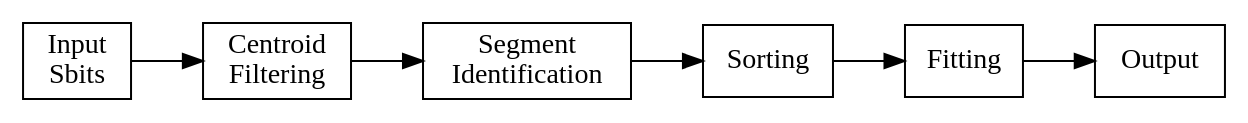
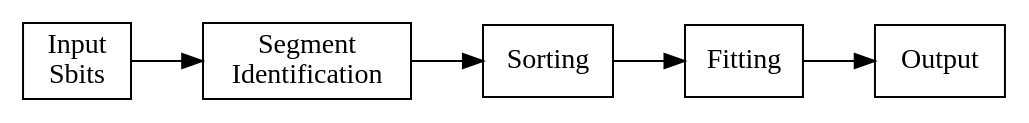
The diagram in doc/algorithm.org (andrewpeck/me0sf), drawn with Graphviz before and after one commit. The commit also changed other lines of this file and 3 other files, not shown here.

```diff
--- a/doc/algorithm.org
+++ b/doc/algorithm.org
@@ -57,10 +70,10 @@
 #+begin_src dot :file dataflow.svg :results value
 digraph {
   graph [fontname = "Roboto Mono"];
   node [fontname = "Roboto Mono"];
   edge [fontname = "Roboto Mono"];
   node [shape=box]
   rankdir=LR
-  "Input\nSbits" -> "Centroid\nFiltering" -> "Segment\nIdentification" -> "Sorting" -> "Fitting" -> "Output"
+  "Input\nSbits" -> "Segment\nIdentification" -> "Sorting" -> "Fitting" -> "Output"
 }
 #+end_src
```
